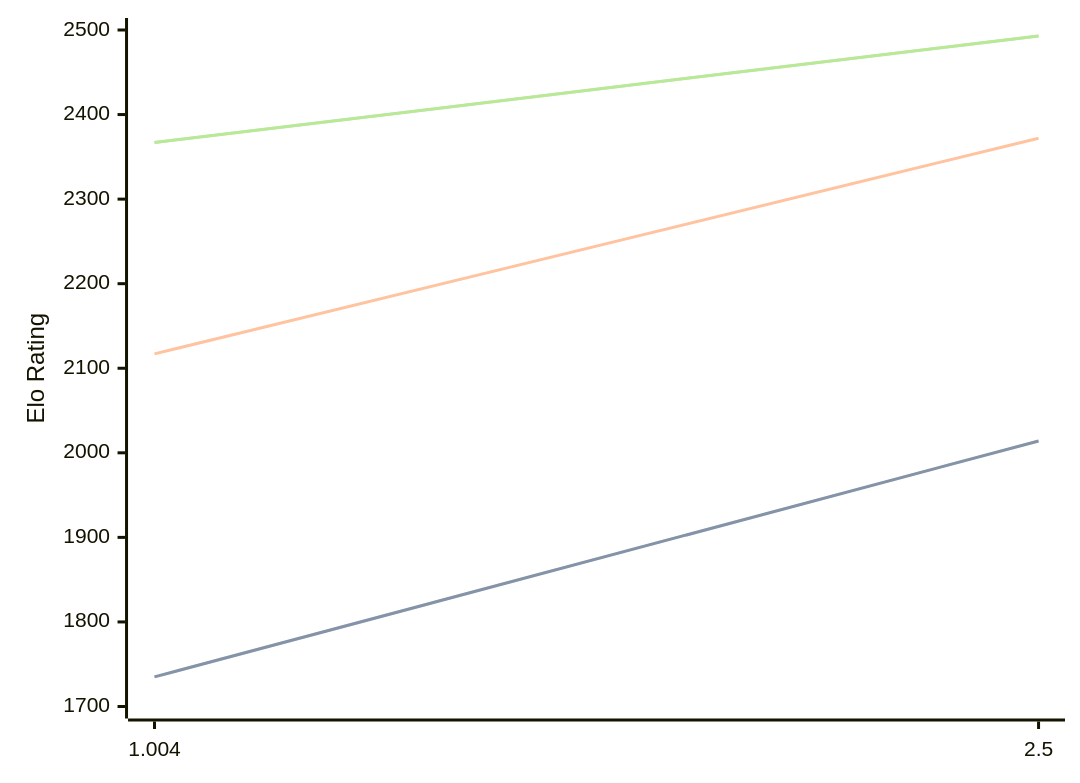
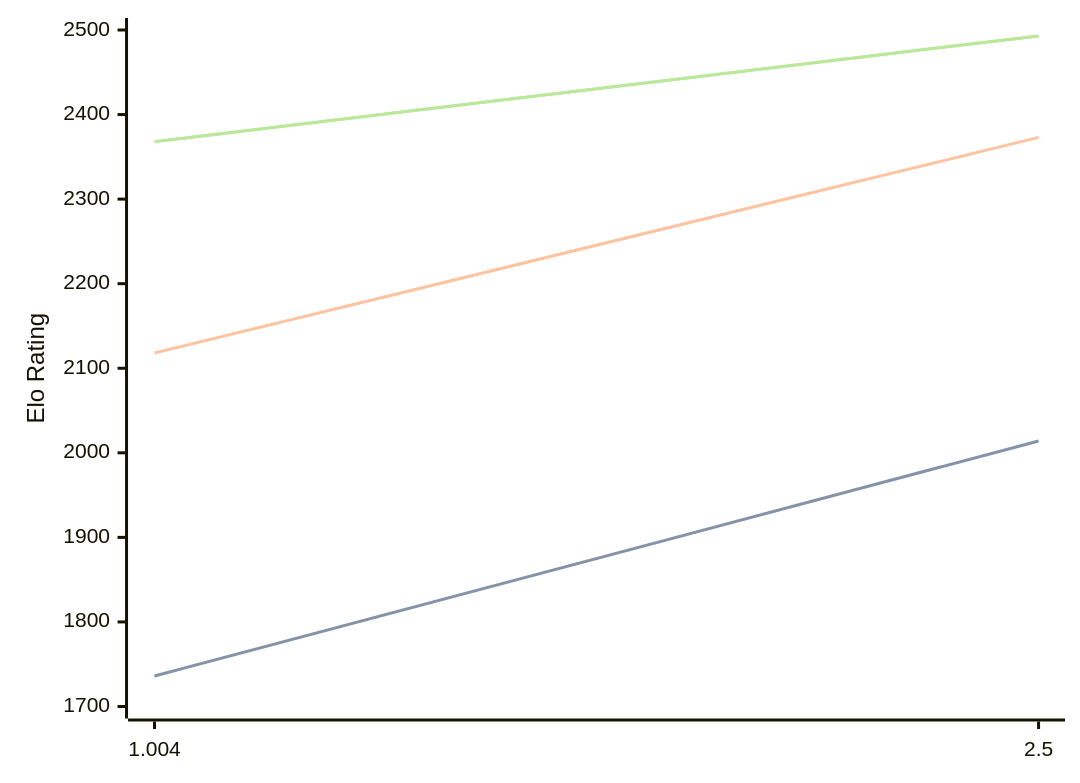
The diagram in engines/Ares.md (computer-chess-index/cci), drawn with Mermaid before and after one commit. The commit also changed other lines of this file, not shown here.

Commit message:
Update CCI Ratings (ELO VLTC) - 2026-05-15

````diff
--- a/engines/Ares.md
+++ b/engines/Ares.md
@@ -32,11 +32,11 @@
 ```mermaid
 %%{init: {"theme":"base","themeVariables":{"seriesColors:['#a3a3a3','#222221','#faa371']}}}%%
 xychart-beta
   x-axis ["1.004", "2.5"]
   y-axis "Elo Rating" 1700 --> 2500
-  line "STC (8.0+0.08s)" [1735, 2014]
-  line "STC (8.0+0.08s)" [1735, 2014]
-  line "LTC (60.0+0.60s)" [2117, 2372]
-  line "VLTC (2m24s+1.12s)" [2367, 2493]
-  line "VLTC (2m24s+1.12s)" [2367, 2493]
+  line "STC (8.0+0.08s)" [1736, 2014]
+  line "STC (8.0+0.08s)" [1736, 2014]
+  line "LTC (60.0+0.60s)" [2118, 2373]
+  line "VLTC (2m24s+1.12s)" [2368, 2493]
+  line "VLTC (2m24s+1.12s)" [2368, 2493]
 ```
````
